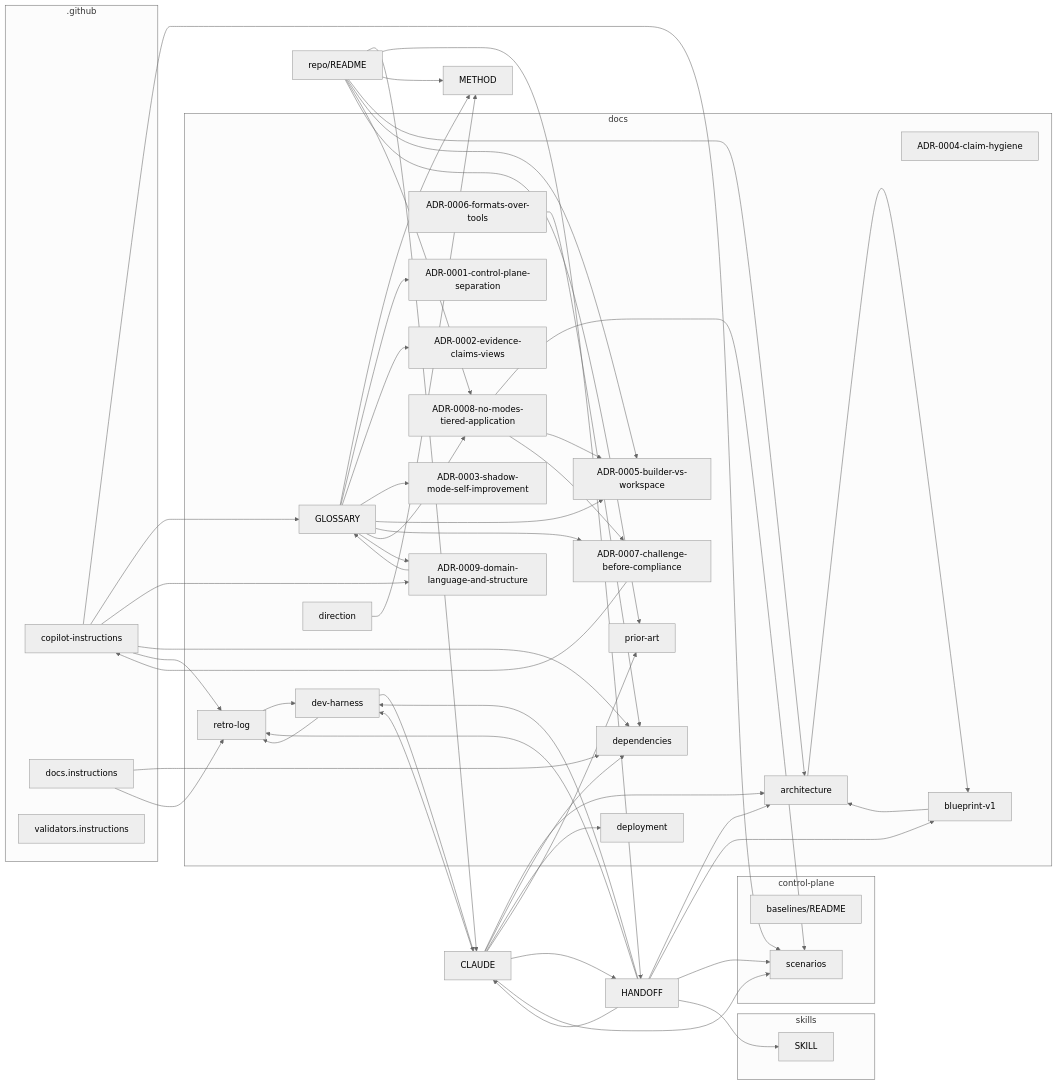
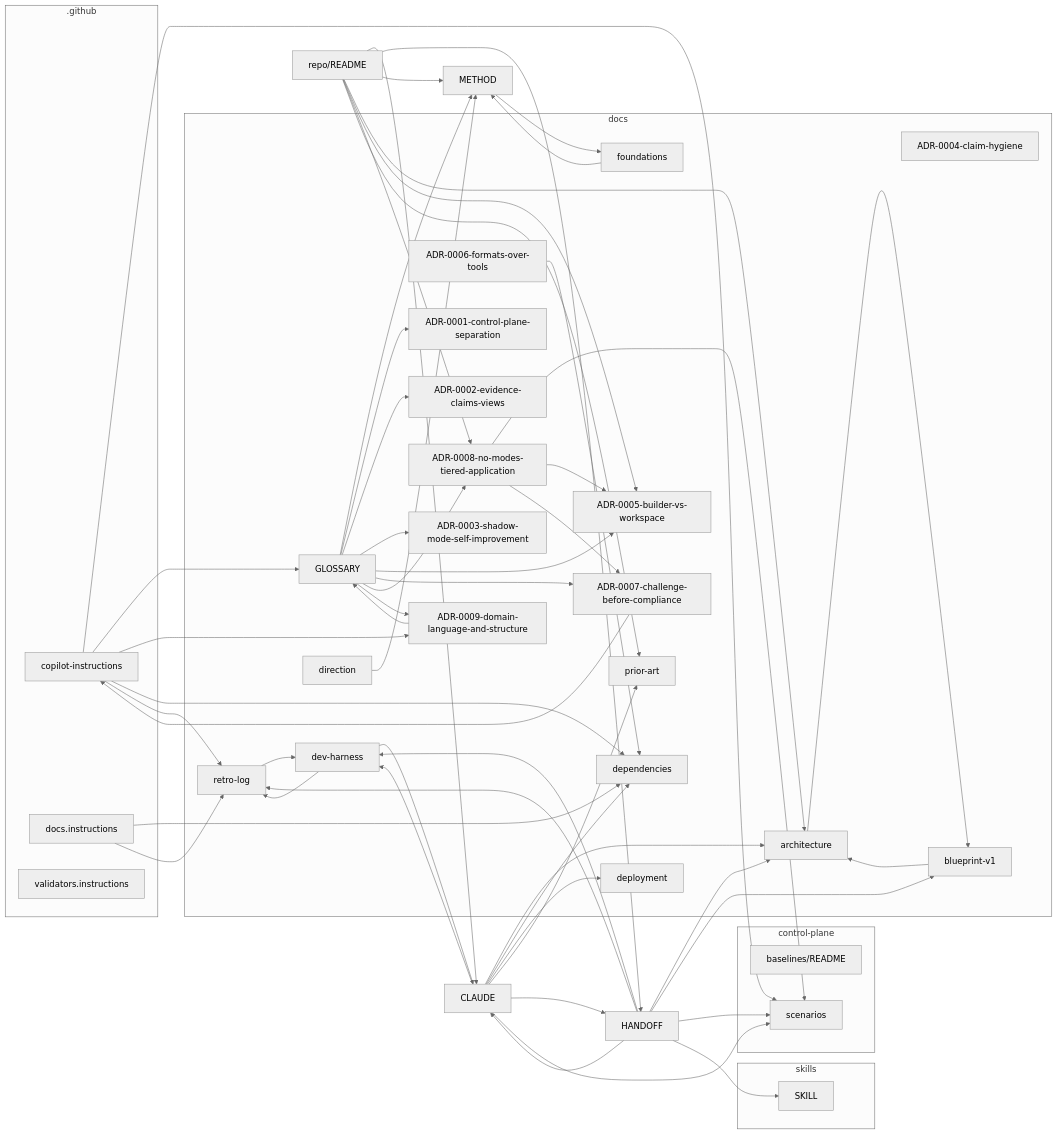
The diagram in docs/mindmap.md (boulaajaj/ai-mise), drawn with Mermaid (neutral theme) before and after one commit. The commit also changed other lines of this file and 2 other files, not shown here.

Commit message:
Kernel v2: four-line principle, the daily loop, judgment invariant; foundations page (truth/craft/judgment lineage)

```diff
--- a/docs/mindmap.md
+++ b/docs/mindmap.md
@@ -29,6 +29,7 @@
     docs_decisions_ADR_0009_domain_language_and_structure_md["ADR-0009-domain-language-and-structure"]
     docs_dependencies_md["dependencies"]
     docs_deployment_md["deployment"]
+    docs_foundations_md["foundations"]
     docs_history_blueprint_v1_md["blueprint-v1"]
     docs_meta_dev_harness_md["dev-harness"]
     docs_meta_direction_md["direction"]
@@ -63,6 +64,7 @@
   HANDOFF_md --> docs_meta_dev_harness_md
   HANDOFF_md --> docs_meta_retro_log_md
   HANDOFF_md --> skills_inspector_SKILL_md
+  METHOD_md --> docs_foundations_md
   README_md --> CLAUDE_md
   README_md --> HANDOFF_md
   README_md --> METHOD_md
@@ -85,6 +87,7 @@
   docs_decisions_ADR_0008_no_modes_tiered_application_md --> docs_decisions_ADR_0005_builder_vs_workspace_md
   docs_decisions_ADR_0008_no_modes_tiered_application_md --> docs_decisions_ADR_0007_challenge_before_compliance_md
   docs_decisions_ADR_0009_domain_language_and_structure_md --> docs_GLOSSARY_md
+  docs_foundations_md --> METHOD_md
   docs_history_blueprint_v1_md --> docs_architecture_md
   docs_meta_dev_harness_md --> CLAUDE_md
   docs_meta_dev_harness_md --> docs_meta_retro_log_md
```
